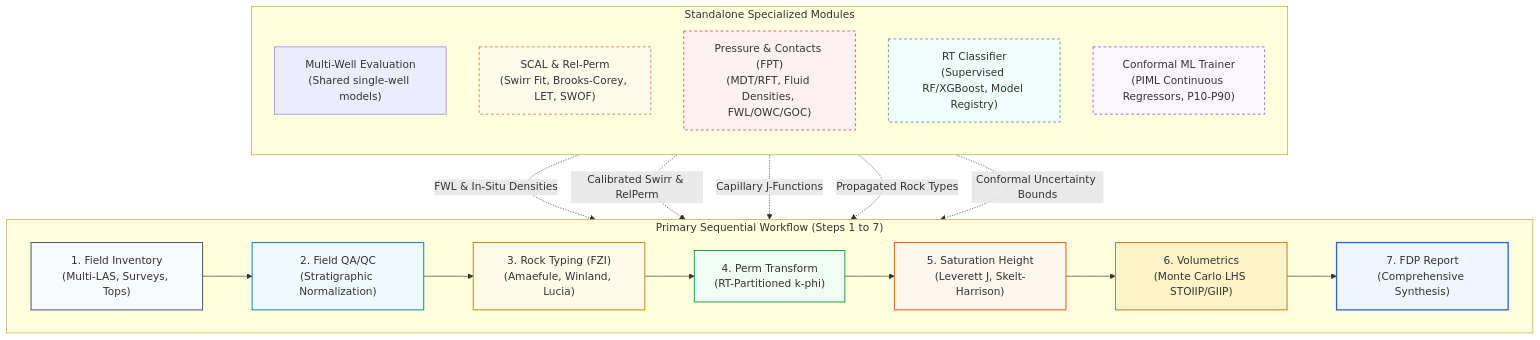
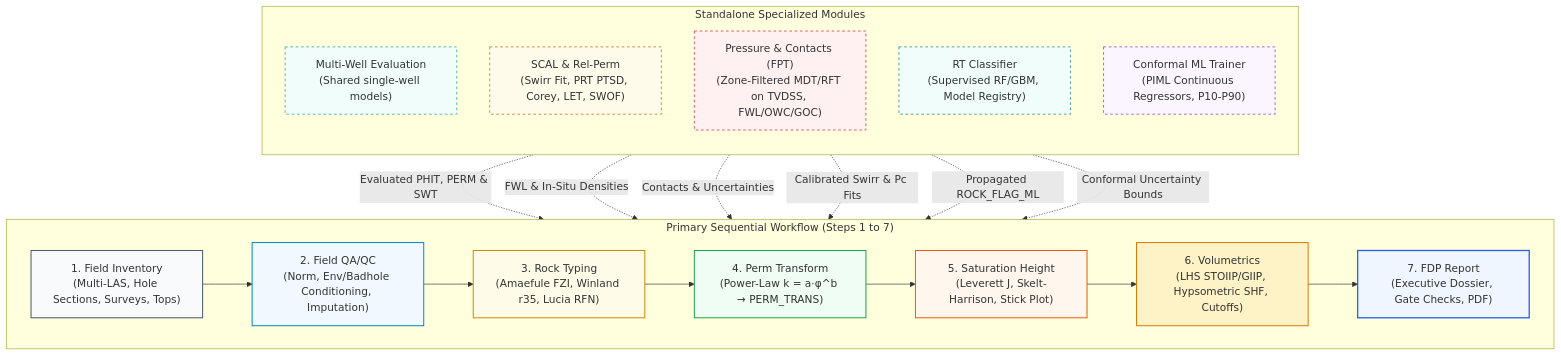
Before and after one commit to imranfadhil/quick_pp: the first of 3 diagrams in docs/workflows/multi_well.md, drawn with Mermaid. The commit also changed other lines of this file and 5 other files, not shown here.

````diff
--- a/docs/workflows/multi_well.md
+++ b/docs/workflows/multi_well.md
@@ -17,40 +17,42 @@
 ```mermaid
 flowchart TD
     subgraph Primary ["Primary Sequential Workflow (Steps 1 to 7)"]
         direction LR
-        S1["1. Field Inventory\n(Multi-LAS, Surveys, Tops)"] --> S2["2. Field QA/QC\n(Stratigraphic Normalization)"]
-        S2 --> S3["3. Rock Typing (FZI)\n(Amaefule, Winland, Lucia)"]
-        S3 --> S4["4. Perm Transform\n(RT-Partitioned k-phi)"]
-        S4 --> S5["5. Saturation Height\n(Leverett J, Skelt-Harrison)"]
-        S5 --> S6["6. Volumetrics\n(Monte Carlo LHS STOIIP/GIIP)"]
-        S6 --> S7["7. FDP Report\n(Comprehensive Synthesis)"]
+        S1["1. Field Inventory\n(Multi-LAS, Hole Sections, Surveys, Tops)"] --> S2["2. Field QA/QC\n(Norm, Env/Badhole Conditioning, Imputation)"]
+        S2 --> S3["3. Rock Typing\n(Amaefule FZI, Winland r35, Lucia RFN)"]
+        S3 --> S4["4. Perm Transform\n(Power-Law k = a·φ^b → PERM_TRANS)"]
+        S4 --> S5["5. Saturation Height\n(Leverett J, Skelt-Harrison, Stick Plot)"]
+        S5 --> S6["6. Volumetrics\n(LHS STOIIP/GIIP, Hypsometric SHF, Cutoffs)"]
+        S6 --> S7["7. FDP Report\n(Executive Dossier, Gate Checks, PDF)"]
     end
 
     subgraph Standalone ["Standalone Specialized Modules"]
         direction TB
         M_BATCH["Multi-Well Evaluation\n(Shared single-well models)"]
-        M_SCAL["SCAL & Rel-Perm\n(Swirr Fit, Brooks-Corey, LET, SWOF)"]
-        M_FPT["Pressure & Contacts (FPT)\n(MDT/RFT, Fluid Densities, FWL/OWC/GOC)"]
-        M_CLF["RT Classifier\n(Supervised RF/XGBoost, Model Registry)"]
+        M_SCAL["SCAL & Rel-Perm\n(Swirr Fit, PRT PTSD, Corey, LET, SWOF)"]
+        M_FPT["Pressure & Contacts (FPT)\n(Zone-Filtered MDT/RFT on TVDSS, FWL/OWC/GOC)"]
+        M_CLF["RT Classifier\n(Supervised RF/GBM, Model Registry)"]
         M_ML["Conformal ML Trainer\n(PIML Continuous Regressors, P10-P90)"]
     end
 
+    M_BATCH -.->|"Evaluated PHIT, PERM & SWT"| S3
     M_FPT -.->|"FWL & In-Situ Densities"| S5
-    M_SCAL -.->|"Calibrated Swirr & RelPerm"| S4
-    M_SCAL -.->|"Capillary J-Functions"| S5
-    M_CLF -.->|"Propagated Rock Types"| S4
+    M_FPT -.->|"Contacts & Uncertainties"| S6
+    M_SCAL -.->|"Calibrated Swirr & Pc Fits"| S5
+    M_CLF -.->|"Propagated ROCK_FLAG_ML"| S4
     M_ML -.->|"Conformal Uncertainty Bounds"| S6
 
     style S1 fill:#f8fafc,stroke:#475569,stroke-width:1.5px
     style S2 fill:#f0f9ff,stroke:#0284c7,stroke-width:1.5px
     style S3 fill:#fefce8,stroke:#ca8a04,stroke-width:1.5px
     style S4 fill:#f0fdf4,stroke:#16a34a,stroke-width:1.5px
     style S5 fill:#fff7ed,stroke:#ea580c,stroke-width:1.5px
     style S6 fill:#fef3c7,stroke:#d97706,stroke-width:1.5px
     style S7 fill:#eff6ff,stroke:#2563eb,stroke-width:2px
 
+    style M_BATCH fill:#f0fdfa,stroke:#0d9488,stroke-dasharray: 4 4
     style M_SCAL fill:#fffbeb,stroke:#b45309,stroke-dasharray: 4 4
     style M_FPT fill:#fff1f2,stroke:#be123c,stroke-dasharray: 4 4
     style M_CLF fill:#f0fdfa,stroke:#0f766e,stroke-dasharray: 4 4
     style M_ML fill:#faf5ff,stroke:#7e22ce,stroke-dasharray: 4 4
 ```
````
